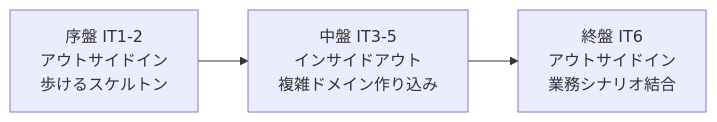
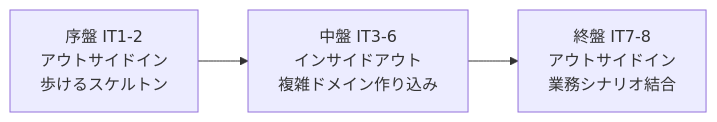
The first of 4 diagrams in docs/development/development_strategy.md (k2works/case-study-cargo-tracker), drawn with Mermaid before and after one commit. The commit also changed other lines of this file and 3 other files, not shown here.

````diff
--- a/docs/development/development_strategy.md
+++ b/docs/development/development_strategy.md
@@ -35,5 +35,5 @@
 ```mermaid
 graph LR
-    A[序盤 IT1-2<br/>アウトサイドイン<br/>歩けるスケルトン] --> B[中盤 IT3-5<br/>インサイドアウト<br/>複雑ドメイン作り込み]
-    B --> C[終盤 IT6<br/>アウトサイドイン<br/>業務シナリオ結合]
+    A[序盤 IT1-2<br/>アウトサイドイン<br/>歩けるスケルトン] --> B[中盤 IT3-6<br/>インサイドアウト<br/>複雑ドメイン作り込み]
+    B --> C[終盤 IT7-8<br/>アウトサイドイン<br/>業務シナリオ結合]
 ```
````
